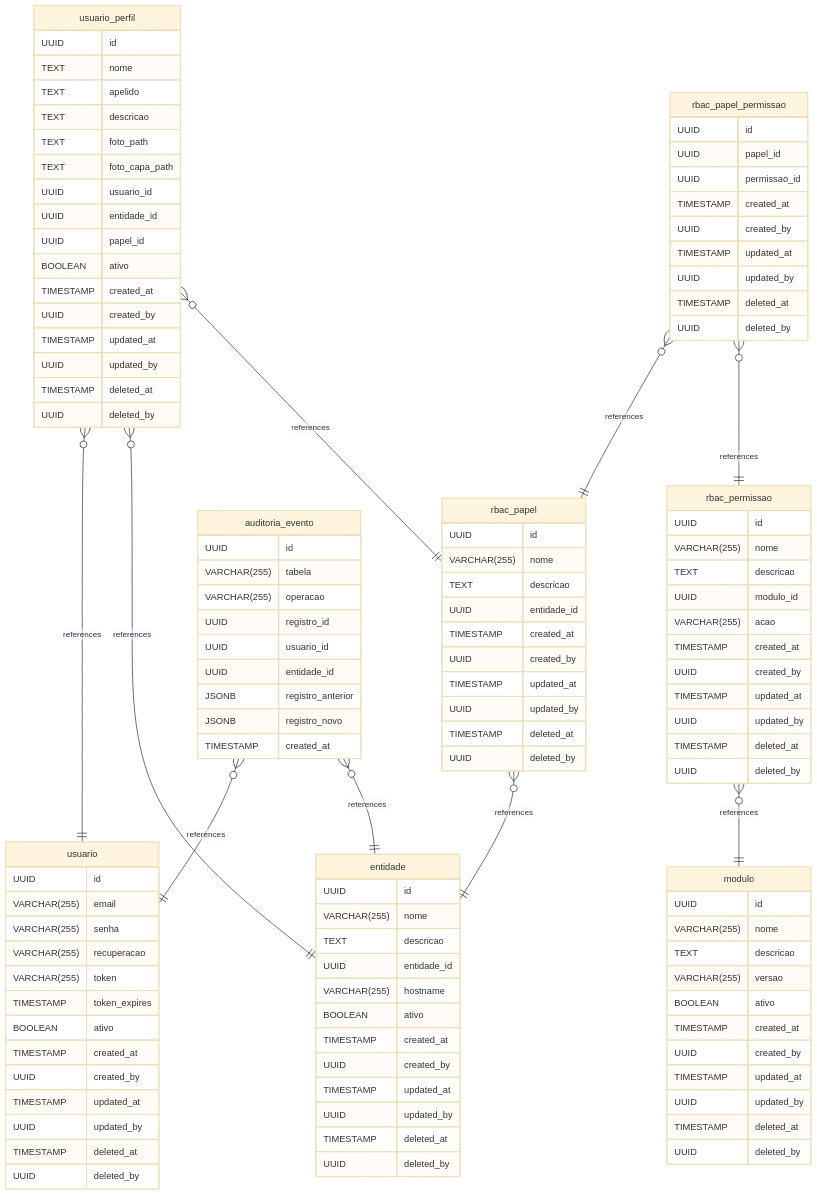
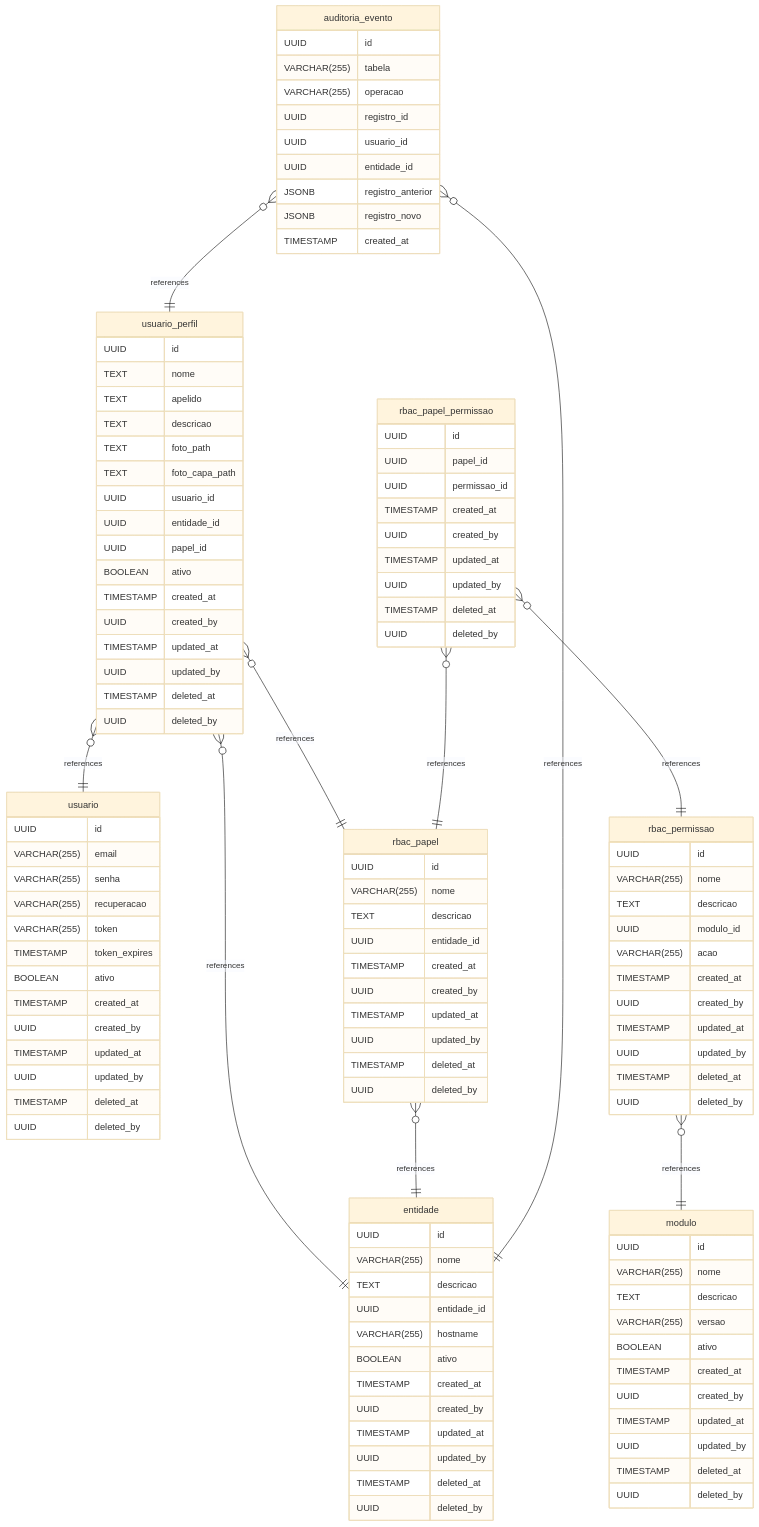
Before and after one commit to kayquemelo/mt-reint: the diagram in README.md, drawn with Mermaid (base theme). The commit also changed other lines of this file, not shown here.

```diff
--- a/README.md
+++ b/README.md
@@ -184,7 +184,7 @@
 	rbac_papel_permissao }o--|| rbac_permissao : references
 	rbac_permissao }o--|| modulo : references
 	rbac_papel }o--|| entidade : references
-	auditoria_evento }o--|| usuario : references
+	auditoria_evento }o--|| usuario_perfil : references
 	auditoria_evento }o--|| entidade : references
 
 	entidade {
```
